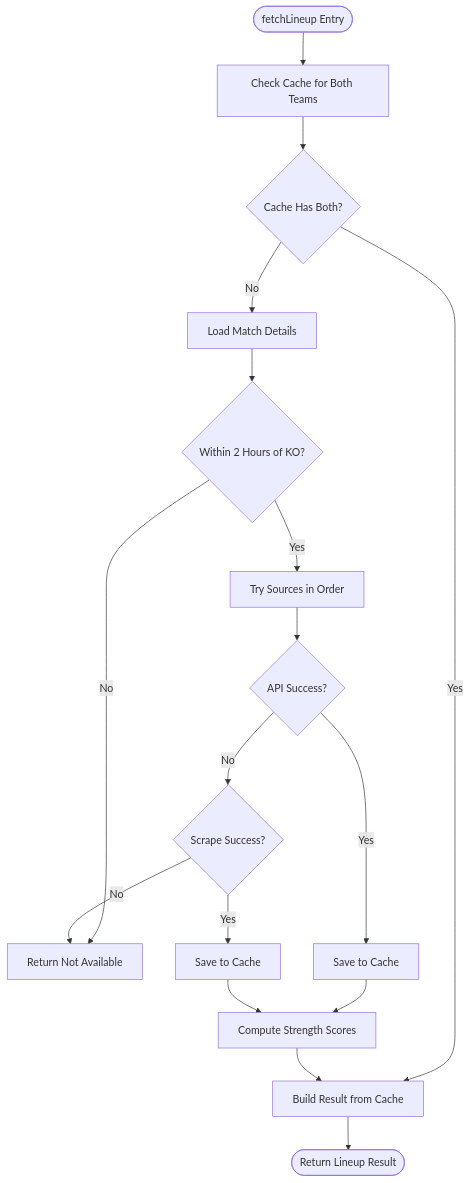
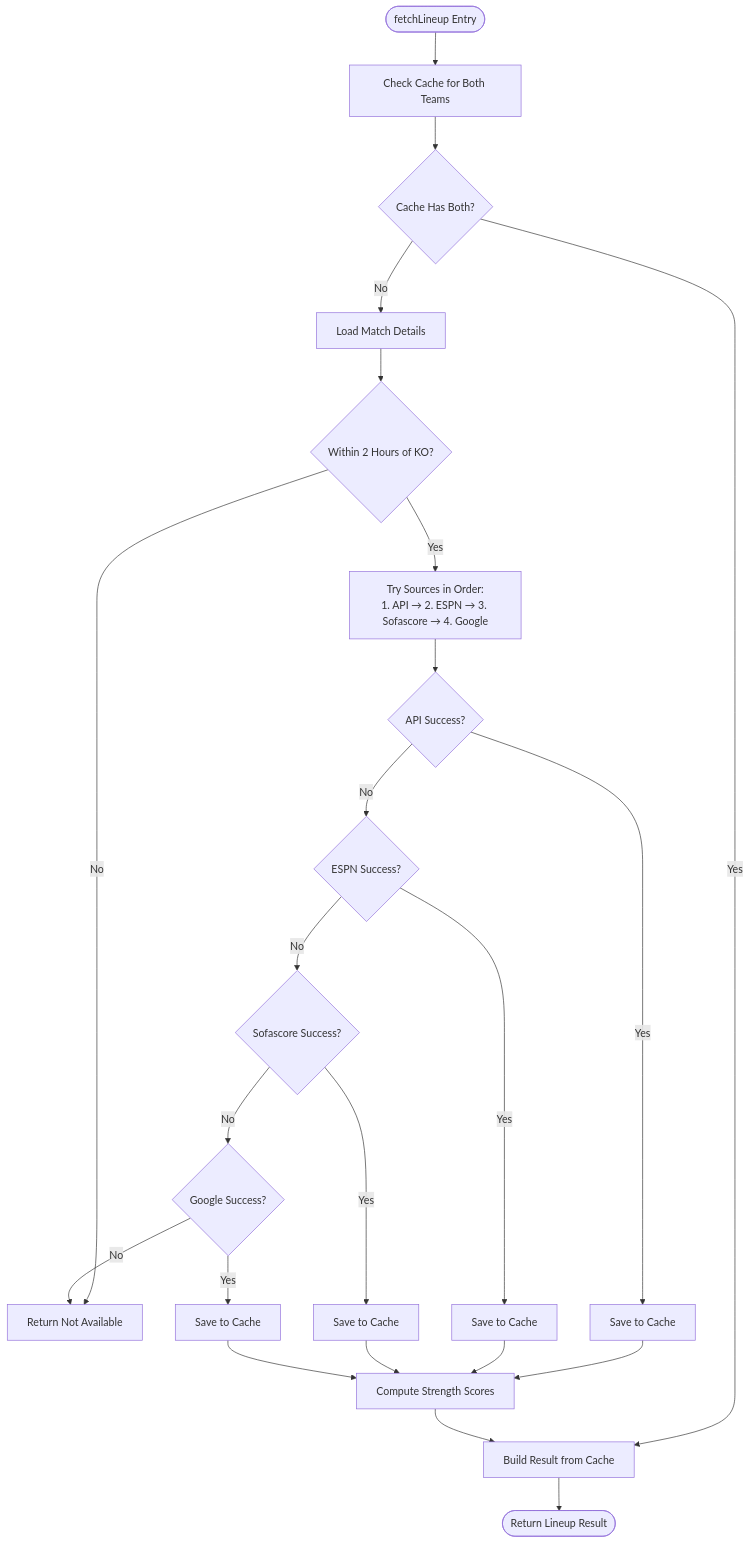
The fifth of 6 diagrams in .qoder/repowiki/en/content/Backend API Reference/System Synchronization API.md (cheesiong/WC26-qwen), drawn with Mermaid before and after one commit. The commit also changed other lines of this file and 22 other files, not shown here.

````diff
--- a/.qoder/repowiki/en/content/Backend API Reference/System Synchronization API.md
+++ b/.qoder/repowiki/en/content/Backend API Reference/System Synchronization API.md
@@ -265,19 +304,25 @@
 ```mermaid
 flowchart TD
 Start(["fetchLineup Entry"]) --> CheckCache["Check Cache for Both Teams"]
 CheckCache --> CacheHit{"Cache Has Both?"}
 CacheHit --> |Yes| BuildResult["Build Result from Cache"]
 CacheHit --> |No| LoadMatch["Load Match Details"]
 LoadMatch --> CheckTime{"Within 2 Hours of KO?"}
 CheckTime --> |No| NotAvailable["Return Not Available"]
-CheckTime --> |Yes| TrySources["Try Sources in Order"]
+CheckTime --> |Yes| TrySources["Try Sources in Order:<br/>1. API → 2. ESPN → 3. Sofascore → 4. Google"]
 TrySources --> APISuccess{"API Success?"}
 APISuccess --> |Yes| SaveAPI["Save to Cache"]
-APISuccess --> |No| ScrapingSuccess{"Scrape Success?"}
-ScrapingSuccess --> |Yes| SaveScrape["Save to Cache"]
-ScrapingSuccess --> |No| NotAvailable
+APISuccess --> |No| ESPNSuccess{"ESPN Success?"}
+ESPNSuccess --> |Yes| SaveESPN["Save to Cache"]
+ESPNSuccess --> |No| SofascoreSuccess{"Sofascore Success?"}
+SofascoreSuccess --> |Yes| SaveSofascore["Save to Cache"]
+SofascoreSuccess --> |No| GoogleSuccess{"Google Success?"}
+GoogleSuccess --> |Yes| SaveGoogle["Save to Cache"]
+GoogleSuccess --> |No| NotAvailable
 SaveAPI --> ComputeStrength["Compute Strength Scores"]
-SaveScrape --> ComputeStrength
+SaveESPN --> ComputeStrength
+SaveSofascore --> ComputeStrength
+SaveGoogle --> ComputeStrength
 ComputeStrength --> BuildResult
 BuildResult --> Done(["Return Lineup Result"])
 ```
````
